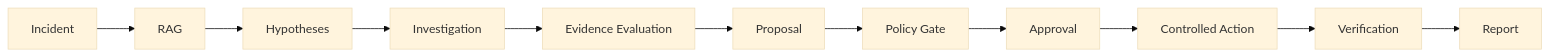
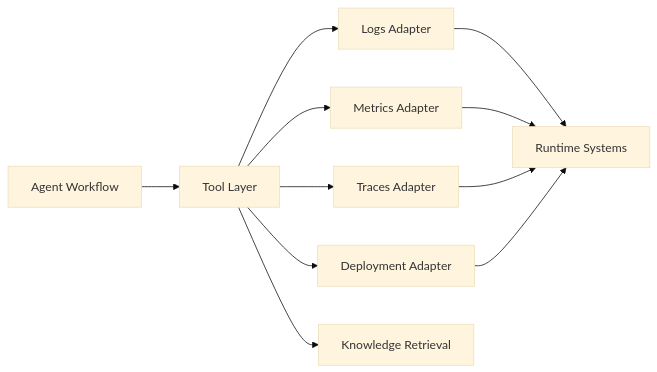
The second of 4 diagrams in README.md (huazi258/DevSuppoert-Agent), drawn with Mermaid (base theme) before and after one commit. The commit also changed other lines of this file, not shown here.

````diff
--- a/README.md
+++ b/README.md
@@ -39,6 +166,17 @@
 ```mermaid
 flowchart LR
-    Incident --> RAG --> Hypotheses --> Investigation --> Evidence[Evidence Evaluation]
-    Evidence --> Proposal --> Policy[Policy Gate] --> Approval --> Action[Controlled Action]
-    Action --> Verification --> Report
+    Agent[Agent Workflow]
+
+    Agent --> Tools[Tool Layer]
+
+    Tools --> Logs[Logs Adapter]
+    Tools --> Metrics[Metrics Adapter]
+    Tools --> Traces[Traces Adapter]
+    Tools --> Deploy[Deployment Adapter]
+    Tools --> Knowledge[Knowledge Retrieval]
+
+    Logs --> Runtime[Runtime Systems]
+    Metrics --> Runtime
+    Traces --> Runtime
+    Deploy --> Runtime
 ```
````
